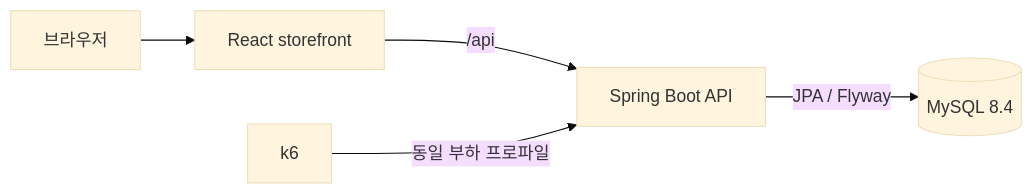
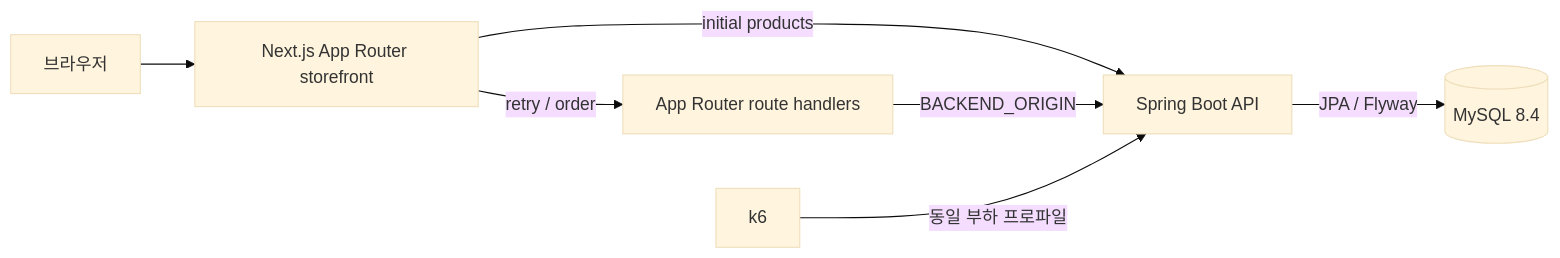
The diagram in docs/architecture.md (kergosdyr/my-awesome-project), drawn with Mermaid (base theme) before and after one commit. The commit also changed other lines of this file and 83 other files, not shown here.

````diff
--- a/docs/architecture.md
+++ b/docs/architecture.md
@@ -11,7 +11,9 @@
 ```mermaid
 flowchart LR
-    U["브라우저"] --> F["React storefront"]
-    F -->|"/api"| B["Spring Boot API"]
+    U["브라우저"] --> F["Next.js App Router storefront"]
+    F -->|"initial products"| B["Spring Boot API"]
+    F -->|"retry / order"| R["App Router route handlers"]
+    R -->|"BACKEND_ORIGIN"| B["Spring Boot API"]
     B -->|"JPA / Flyway"| M[("MySQL 8.4")]
     K["k6"] -->|"동일 부하 프로파일"| B
 ```
````
